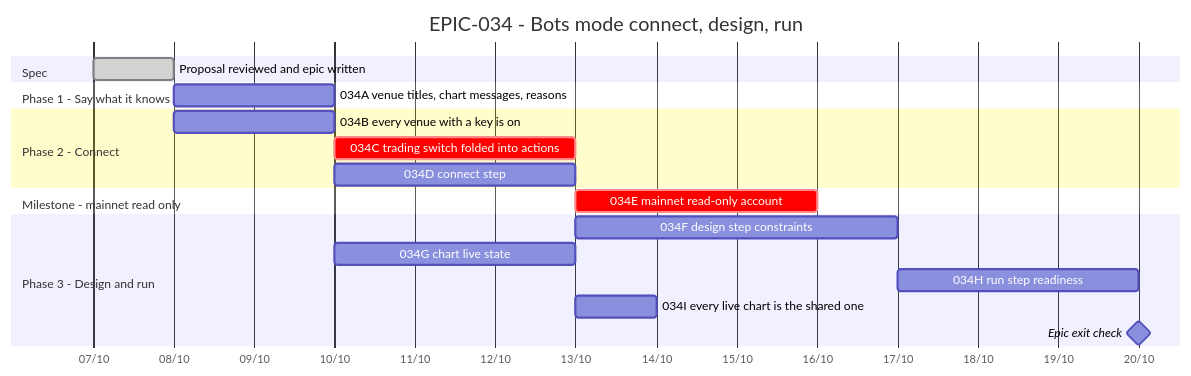
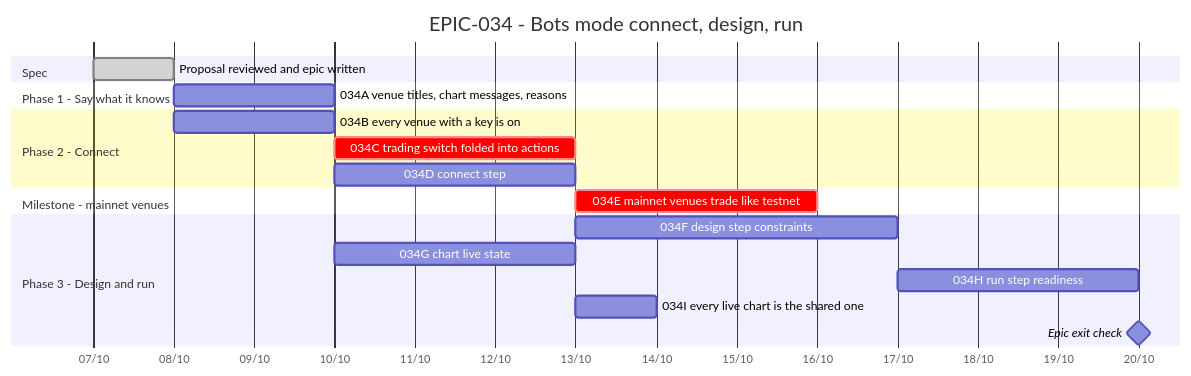
One commit to anhembedded/Sagittarius_Elite_Warrior changed the diagram in Tasks/epics/EPIC-034_bots_connect_design_run/TRACKING.md. Above: the diagram before and after it, drawn with Mermaid. The commit also changed other lines of this file and 130 other files, not shown here.

First line of the commit message:
feat(epic-034): mainnet trades like testnet — Spot and Futures Mainnet venues (D11) (#420)

````diff
--- a/Tasks/epics/EPIC-034_bots_connect_design_run/TRACKING.md
+++ b/Tasks/epics/EPIC-034_bots_connect_design_run/TRACKING.md
@@ -12,27 +12,27 @@
 ```mermaid
 gantt
     title EPIC-034 - Bots mode connect, design, run
     dateFormat  YYYY-MM-DD
     axisFormat  %d/%m
 
     section Spec
     Proposal reviewed and epic written    :done,    s1, 2026-10-07, 1d
 
     section Phase 1 - Say what it knows
     034A venue titles, chart messages, reasons :     a, after s1, 2d
 
     section Phase 2 - Connect
     034B every venue with a key is on      :         b, after s1, 2d
     034C trading switch folded into actions :crit,   c, after b, 3d
     034D connect step                      :         d, after a, 3d
 
-    section Milestone - mainnet read only
-    034E mainnet read-only account         :crit,    e, after d, 3d
+    section Milestone - mainnet venues
+    034E mainnet venues trade like testnet :crit,    e, after d, 3d
 
     section Phase 3 - Design and run
     034F design step constraints           :         f, after d, 4d
     034G chart live state                  :         g, after a, 3d
     034H run step readiness                :         h, after f, 3d
     034I every live chart is the shared one :        i, after g, 1d
     Epic exit check                        :milestone, m1, after h, 0d
 ```
````
